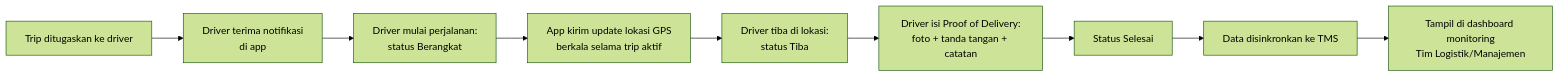
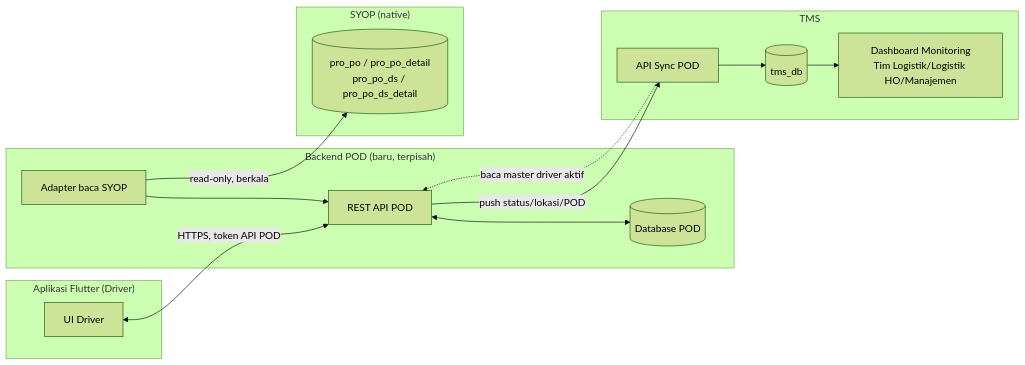
One commit to proenergi2006/tms changed the diagram in docs/pod-app/01-PRD.md. Above: the diagram before and after it, drawn with Mermaid (forest theme). The commit also changed other lines of this file, not shown here.

````diff
--- a/docs/pod-app/01-PRD.md
+++ b/docs/pod-app/01-PRD.md
@@ -50,11 +449,27 @@
 ```mermaid
 flowchart LR
-    A[Trip ditugaskan ke driver] --> B[Driver terima notifikasi\ndi app]
-    B --> C[Driver mulai perjalanan:\nstatus Berangkat]
-    C --> D[App kirim update lokasi GPS\nberkala selama trip aktif]
-    D --> E[Driver tiba di lokasi:\nstatus Tiba]
-    E --> F[Driver isi Proof of Delivery:\nfoto + tanda tangan + catatan]
-    F --> G[Status Selesai]
-    G --> H[Data disinkronkan ke TMS]
-    H --> I[Tampil di dashboard monitoring\nTim Logistik/Manajemen]
+    subgraph Mobile["Aplikasi Flutter (Driver)"]
+        A[UI Driver]
+    end
+    subgraph PodBackend["Backend POD (baru, terpisah)"]
+        B[REST API POD]
+        C[(Database POD)]
+        D[Adapter baca SYOP]
+    end
+    subgraph Syop["SYOP (native)"]
+        E[(pro_po / pro_po_detail\npro_po_ds / pro_po_ds_detail)]
+    end
+    subgraph Tms["TMS"]
+        F[API Sync POD]
+        G[(tms_db)]
+        H[Dashboard Monitoring\nTim Logistik/Logistik HO/Manajemen]
+    end
+
+    A <-->|HTTPS, token API POD| B
+    B <--> C
+    D -->|read-only, berkala| E
+    D --> B
+    B -->|push status/lokasi/POD| F
+    F --> G --> H
+    F -.->|baca master driver aktif| B
 ```
````
